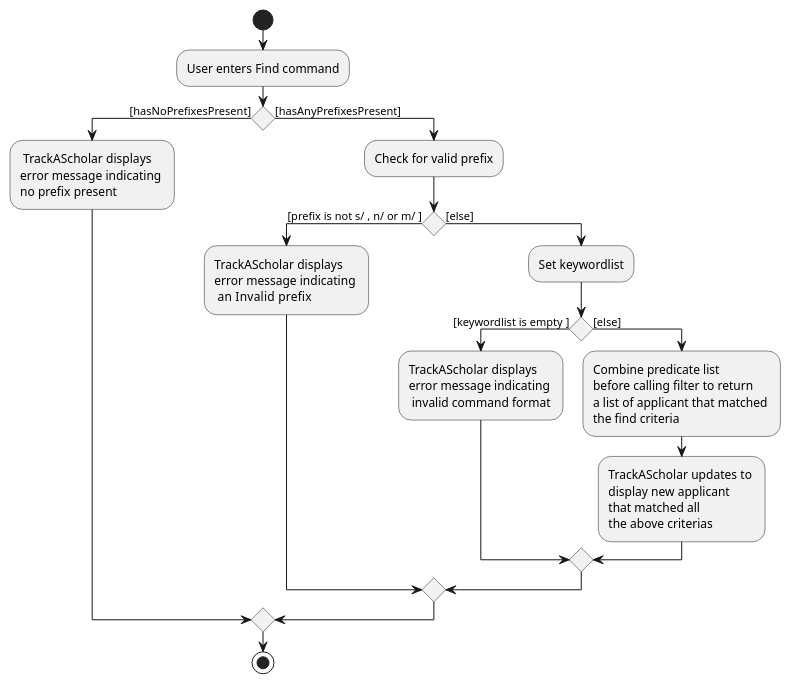
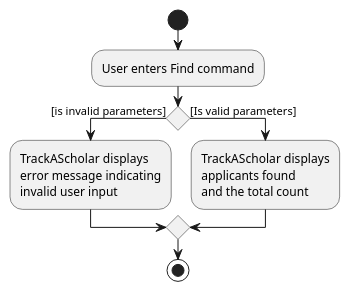
The diagram in docs/diagrams/FindActivityDiagram.puml (nus-cs2103-AY2223S1/tp), drawn with PlantUML before and after one commit. The commit also changed 20 other files, not shown here.

```diff
--- a/docs/diagrams/FindActivityDiagram.puml
+++ b/docs/diagrams/FindActivityDiagram.puml
@@ -1,26 +1,13 @@
 @startuml
 start
 :User enters Find command;
 
-if () then ([hasNoPrefixesPresent])
-    : TrackAScholar displays \nerror message indicating \nno prefix present;
+if () then ([is invalid parameters])
+    :TrackAScholar displays\nerror message indicating\ninvalid user input;
 
-else ([hasAnyPrefixesPresent])
-    :Check for valid prefix;
-    if () then ([prefix is not s/ , n/ or m/ ])
-        :TrackAScholar displays \nerror message indicating \n an Invalid  prefix;
-
-    else ([else])
-        :Set keywordlist;
-         if () then ([keywordlist is empty ])
-                :TrackAScholar displays \nerror message indicating \n invalid command format;
-            else ([else])
-                :Combine predicate list \nbefore calling filter to return \na list of applicant that matched \nthe find criteria;
-                :TrackAScholar updates to \ndisplay new applicant \nthat matched all \nthe above criterias  ;
-        endif
-
-    endif
+else ([Is valid parameters])
+    :TrackAScholar displays\napplicants found\nand the total count;
 
 endif
 stop
 @enduml
```
